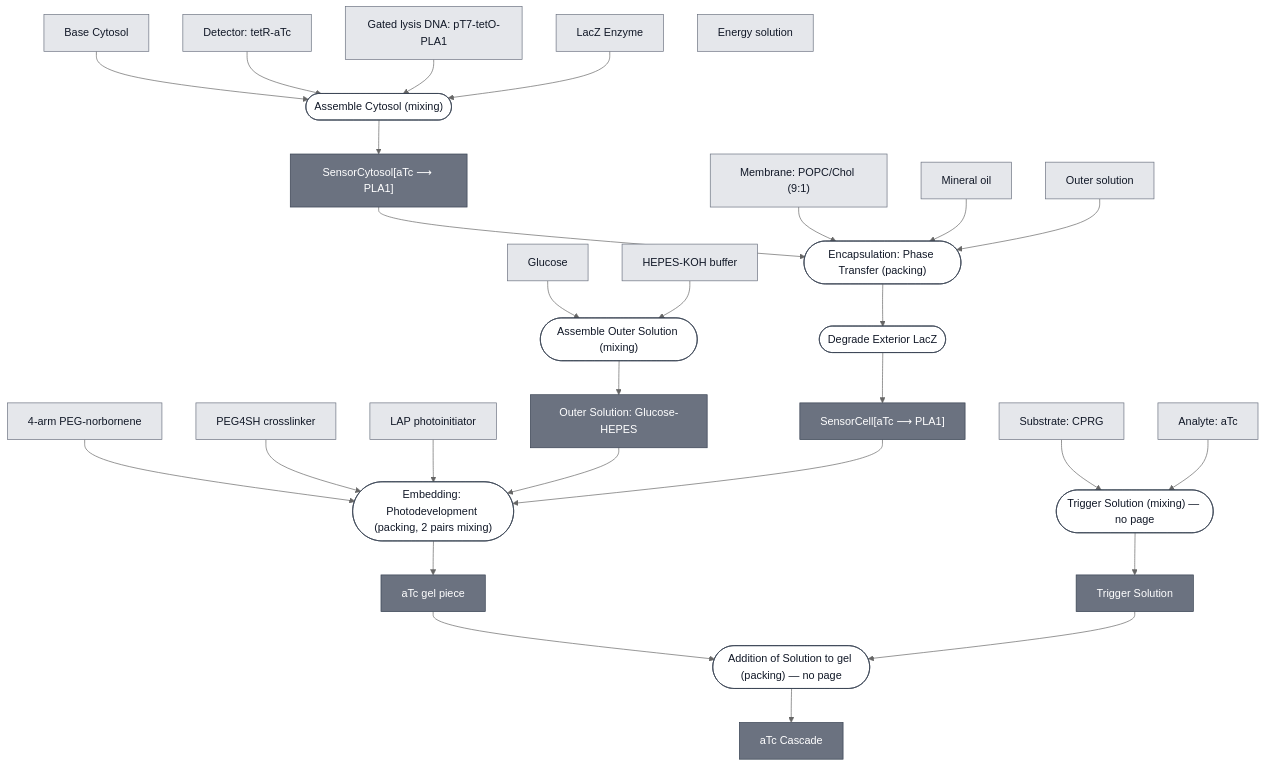
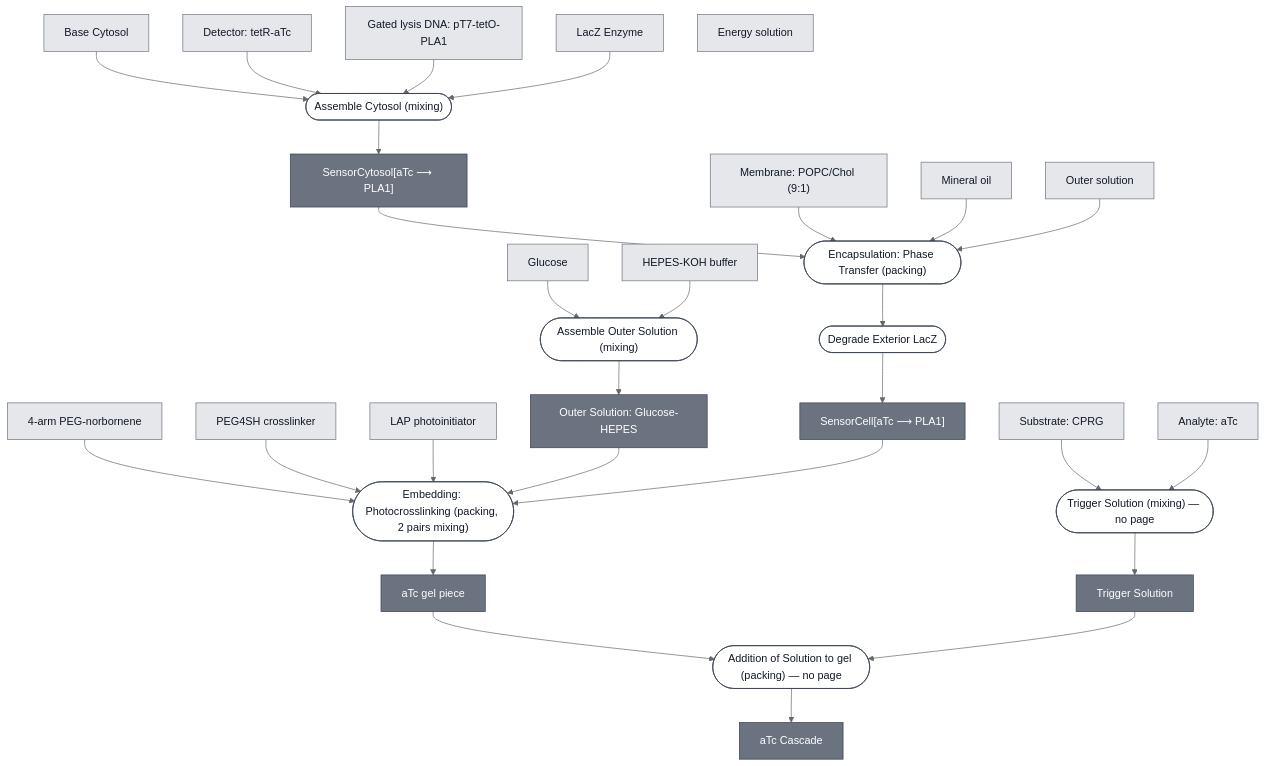
One commit to nucleus-eng/nucleus-docs changed the diagram in docs/modules/atc-cascade/spec.md. Above: the diagram before and after it, drawn with Mermaid (neutral theme). The commit also changed other lines of this file and 24 other files, not shown here.

First line of the commit message:
Photodevelopment is photocrosslinking in titles and prose

```diff
--- a/docs/modules/atc-cascade/spec.md
+++ b/docs/modules/atc-cascade/spec.md
@@ -56,7 +56,7 @@
     P3_ENCAPSULATE_0(["Encapsulation: Phase Transfer (packing)"])
     P3_ENCAPSULATE_1(["Degrade Exterior LacZ"])
     ATC_SENSING_CELL["SensorCell[aTc ⟶ PLA1]"]
-    P4_EMBED_PHOTOCROSSLINKING_0(["Embedding: Photodevelopment (packing, 2 pairs mixing)"])
+    P4_EMBED_PHOTOCROSSLINKING_0(["Embedding: Photocrosslinking (packing, 2 pairs mixing)"])
     ATC_GEL["aTc gel piece"]
     P5_ASSEMBLE_TRIGGER_SOLUTION_0(["Trigger Solution (mixing) — no page"])
     ATC_TRIGGER_SOLUTION["Trigger Solution"]
```
